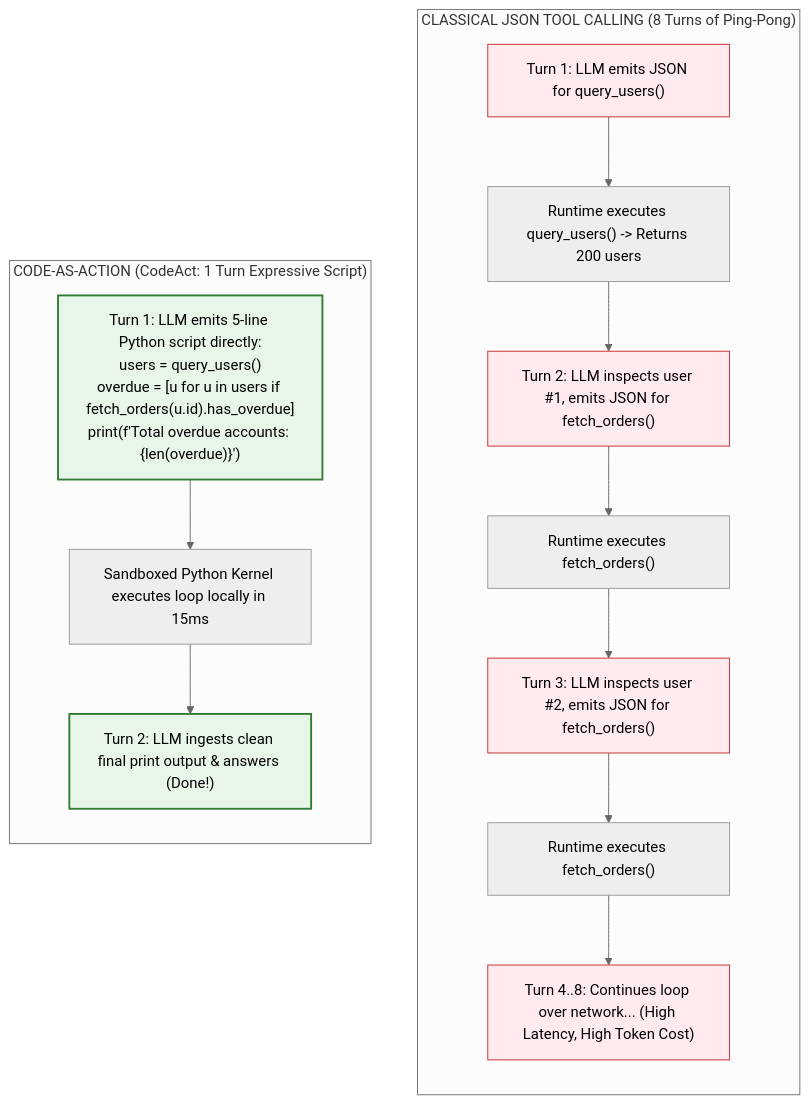
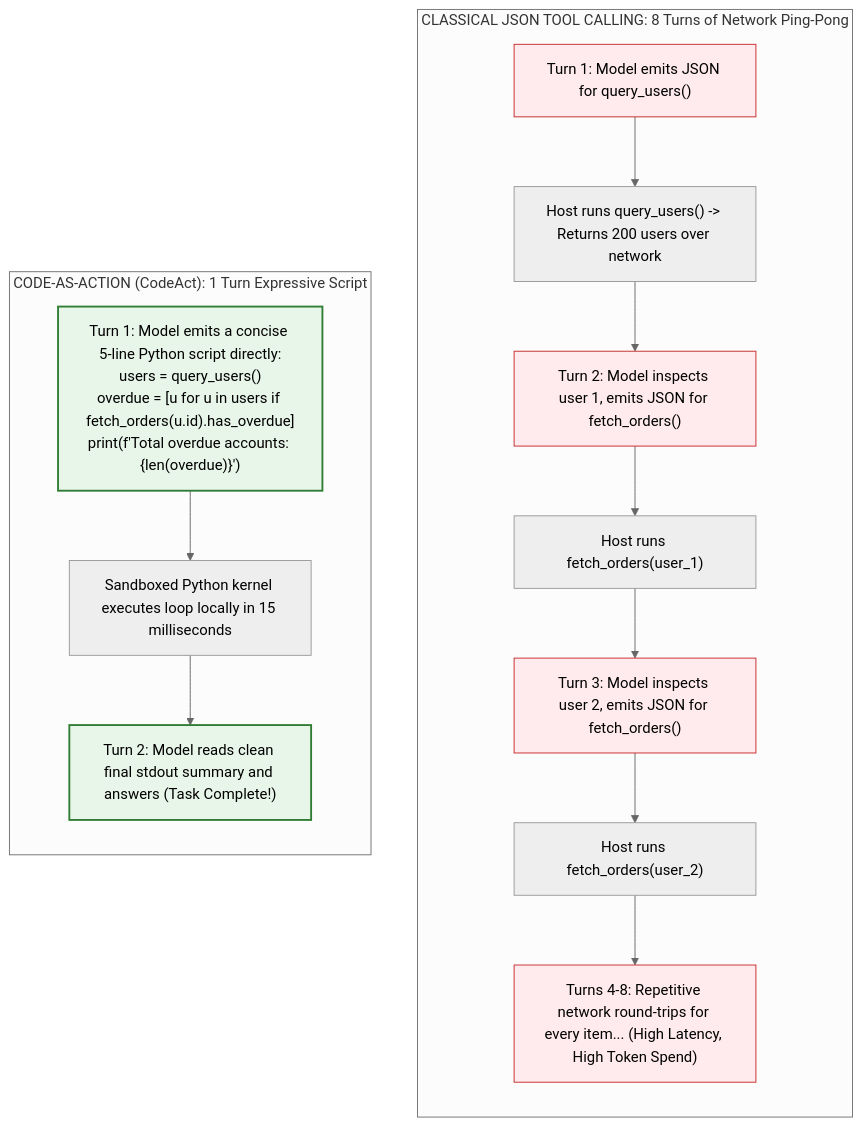
One commit to dip4k/senior-engineer-to-ai-engineer-roadmap changed the first of 4 diagrams in 04-agentic-systems-and-orchestration/06-codeact-and-sandboxed-execution-runtimes.md. Above: the diagram before and after it, drawn with Mermaid (neutral theme). The commit also changed other lines of this file and 11 other files, not shown here.

````diff
--- a/04-agentic-systems-and-orchestration/06-codeact-and-sandboxed-execution-runtimes.md
+++ b/04-agentic-systems-and-orchestration/06-codeact-and-sandboxed-execution-runtimes.md
@@ -21,23 +27,23 @@
 ```mermaid
 flowchart TD
     classDef json fill:#ffebee,stroke:#c62828,stroke-width:1px;
     classDef code fill:#e8f5e9,stroke:#2e7d32,stroke-width:2px;
 
-    subgraph JSONFlow["CLASSICAL JSON TOOL CALLING (8 Turns of Ping-Pong)"]
+    subgraph JSONFlow["CLASSICAL JSON TOOL CALLING: 8 Turns of Network Ping-Pong"]
         direction TB
-        J1["Turn 1: LLM emits JSON for query_users()"]:::json
-        --> JR1["Runtime executes query_users() -> Returns 200 users"]
-        --> J2["Turn 2: LLM inspects user #1, emits JSON for fetch_orders()"]:::json
-        --> JR2["Runtime executes fetch_orders()"]
-        --> J3["Turn 3: LLM inspects user #2, emits JSON for fetch_orders()"]:::json
-        --> JR3["Runtime executes fetch_orders()"]
-        --> J4["Turn 4..8: Continues loop over network... (High Latency, High Token Cost)"]:::json
+        J1["Turn 1: Model emits JSON for query_users()"]:::json
+        --> JR1["Host runs query_users() -> Returns 200 users over network"]
+        --> J2["Turn 2: Model inspects user 1, emits JSON for fetch_orders()"]:::json
+        --> JR2["Host runs fetch_orders(user_1)"]
+        --> J3["Turn 3: Model inspects user 2, emits JSON for fetch_orders()"]:::json
+        --> JR3["Host runs fetch_orders(user_2)"]
+        --> J4["Turns 4-8: Repetitive network round-trips for every item... (High Latency, High Token Spend)"]:::json
     end
 
-    subgraph CodeActFlow["CODE-AS-ACTION (CodeAct: 1 Turn Expressive Script)"]
+    subgraph CodeActFlow["CODE-AS-ACTION (CodeAct): 1 Turn Expressive Script"]
         direction TB
-        C1["Turn 1: LLM emits 5-line Python script directly:\nusers = query_users()\noverdue = [u for u in users if fetch_orders(u.id).has_overdue]\nprint(f'Total overdue accounts: {len(overdue)}')"]:::code
-        --> CR1["Sandboxed Python Kernel executes loop locally in 15ms"]
-        --> C2["Turn 2: LLM ingests clean final print output & answers (Done!)"]:::code
+        C1["Turn 1: Model emits a concise 5-line Python script directly:\nusers = query_users()\noverdue = [u for u in users if fetch_orders(u.id).has_overdue]\nprint(f'Total overdue accounts: {len(overdue)}')"]:::code
+        --> CR1["Sandboxed Python kernel executes loop locally in 15 milliseconds"]
+        --> C2["Turn 2: Model reads clean final stdout summary and answers (Task Complete!)"]:::code
     end
 ```
````
